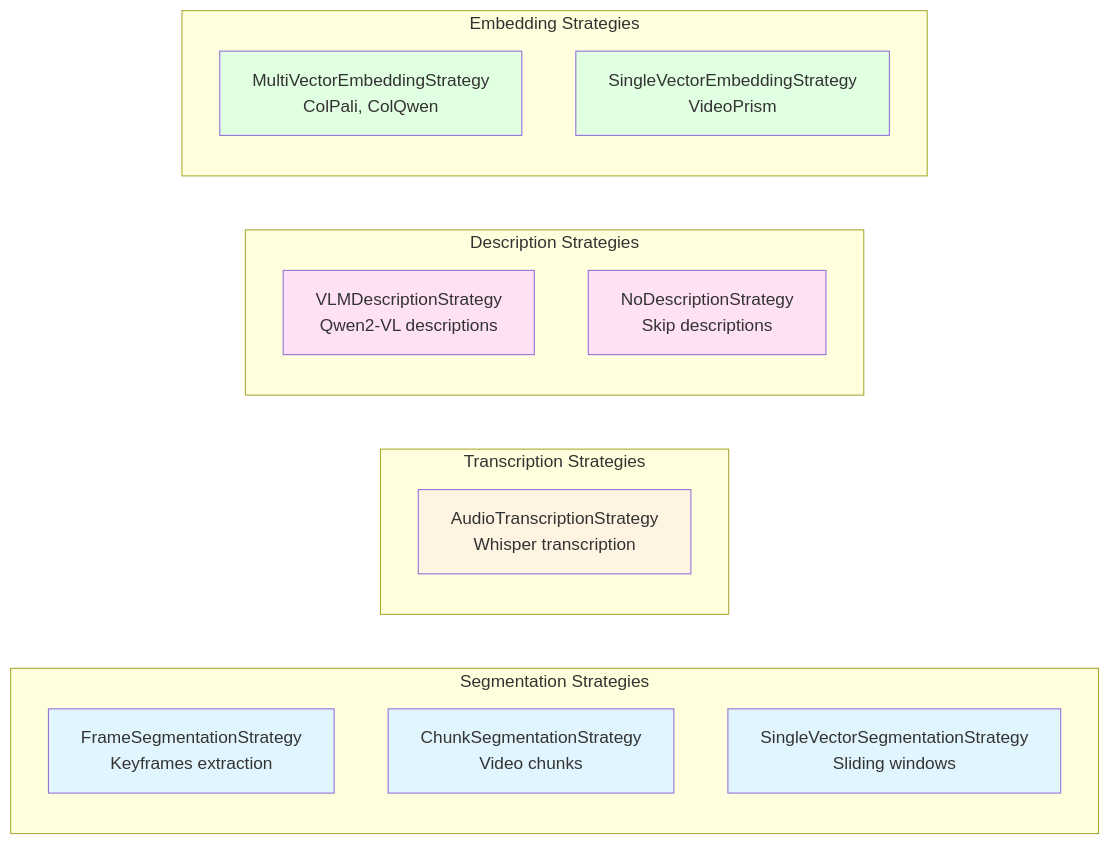
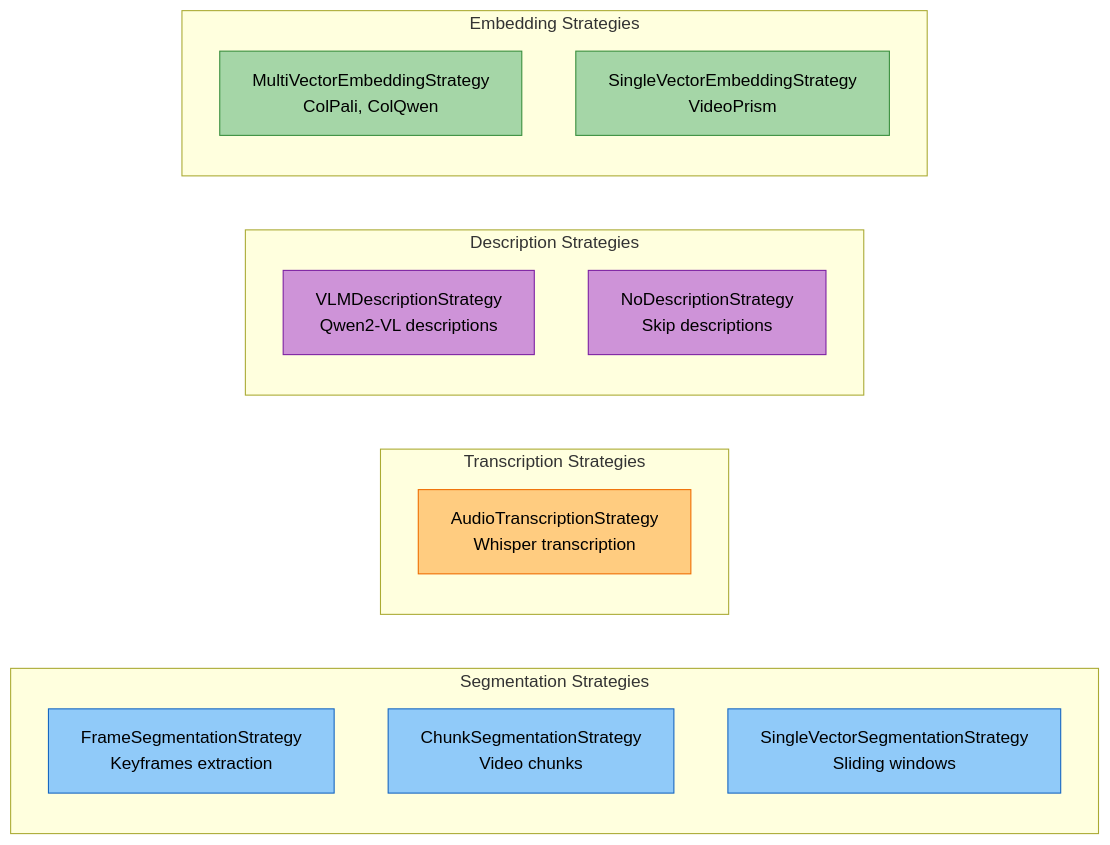
Before and after one commit to amit-jain/cogniverse: the third of 6 diagrams in docs/modules/ingestion.md, drawn with Mermaid. The commit also changed other lines of this file and 83 other files, not shown here.

First line of the commit message:
Fix documentation veracity, formatting, and diagrams across all modules

````diff
--- a/docs/modules/ingestion.md
+++ b/docs/modules/ingestion.md
@@ -249,31 +302,31 @@
 ```mermaid
-graph LR
+flowchart LR
     subgraph Segmentation Strategies
-        Frame[FrameSegmentationStrategy<br/>Keyframes extraction]
-        Chunk[ChunkSegmentationStrategy<br/>Video chunks]
-        Single[SingleVectorSegmentationStrategy<br/>Sliding windows]
+        Frame["<span style='color:#000'>FrameSegmentationStrategy<br/>Keyframes extraction</span>"]
+        Chunk["<span style='color:#000'>ChunkSegmentationStrategy<br/>Video chunks</span>"]
+        Single["<span style='color:#000'>SingleVectorSegmentationStrategy<br/>Sliding windows</span>"]
     end
 
     subgraph Transcription Strategies
-        Audio[AudioTranscriptionStrategy<br/>Whisper transcription]
+        Audio["<span style='color:#000'>AudioTranscriptionStrategy<br/>Whisper transcription</span>"]
     end
 
     subgraph Description Strategies
-        VLM[VLMDescriptionStrategy<br/>Qwen2-VL descriptions]
-        NoDesc[NoDescriptionStrategy<br/>Skip descriptions]
+        VLM["<span style='color:#000'>VLMDescriptionStrategy<br/>Qwen2-VL descriptions</span>"]
+        NoDesc["<span style='color:#000'>NoDescriptionStrategy<br/>Skip descriptions</span>"]
     end
 
     subgraph Embedding Strategies
-        MultiVec[MultiVectorEmbeddingStrategy<br/>ColPali, ColQwen]
-        SingleVec[SingleVectorEmbeddingStrategy<br/>VideoPrism]
+        MultiVec["<span style='color:#000'>MultiVectorEmbeddingStrategy<br/>ColPali, ColQwen</span>"]
+        SingleVec["<span style='color:#000'>SingleVectorEmbeddingStrategy<br/>VideoPrism</span>"]
     end
 
-    style Frame fill:#e1f5ff
-    style Chunk fill:#e1f5ff
-    style Single fill:#e1f5ff
-    style Audio fill:#fff4e1
-    style VLM fill:#ffe1f5
-    style NoDesc fill:#ffe1f5
-    style MultiVec fill:#e1ffe1
-    style SingleVec fill:#e1ffe1
+    style Frame fill:#90caf9,stroke:#1565c0,color:#000
+    style Chunk fill:#90caf9,stroke:#1565c0,color:#000
+    style Single fill:#90caf9,stroke:#1565c0,color:#000
+    style Audio fill:#ffcc80,stroke:#ef6c00,color:#000
+    style VLM fill:#ce93d8,stroke:#7b1fa2,color:#000
+    style NoDesc fill:#ce93d8,stroke:#7b1fa2,color:#000
+    style MultiVec fill:#a5d6a7,stroke:#388e3c,color:#000
+    style SingleVec fill:#a5d6a7,stroke:#388e3c,color:#000
 ```
````
